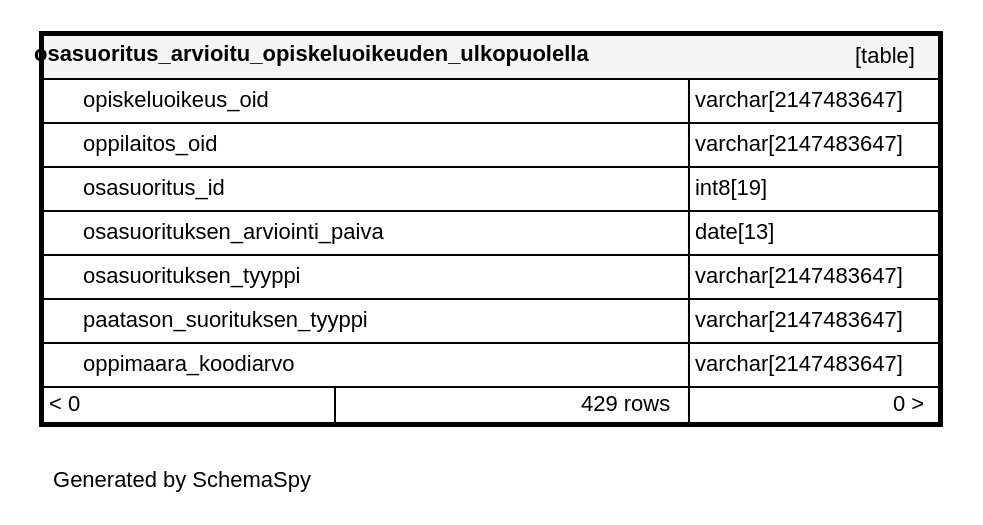
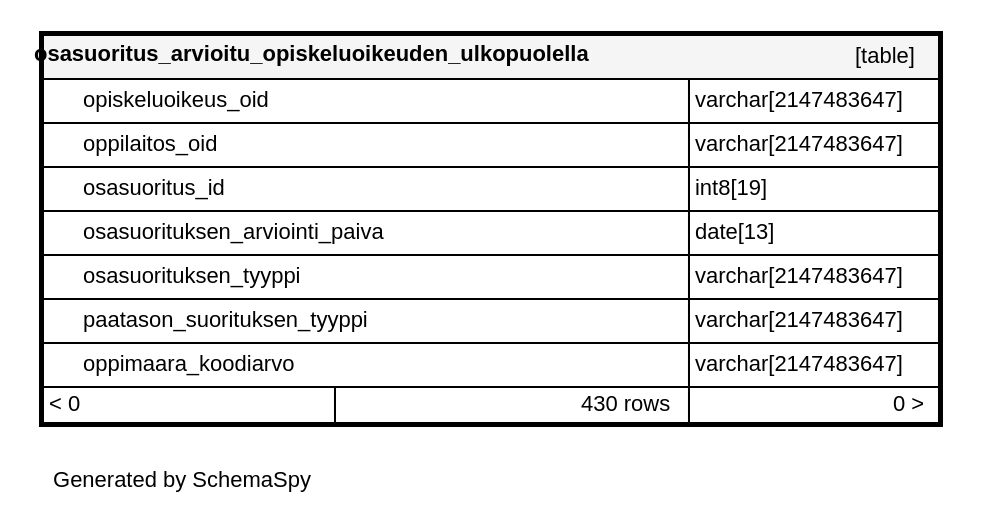
The diagram in documentation/tietokantaskeemat/koski-raportointikanta/diagrams/tables/osasuoritus_arvioitu_opiskeluoi_6ab95832.1degree.dot (Opetushallitus/koski), drawn with Graphviz before and after one commit. The commit also changed 124 other files, not shown here.

```diff
--- a/documentation/tietokantaskeemat/koski-raportointikanta/diagrams/tables/osasuoritus_arvioitu_opiskeluoi_6ab95832.1degree.dot
+++ b/documentation/tietokantaskeemat/koski-raportointikanta/diagrams/tables/osasuoritus_arvioitu_opiskeluoi_6ab95832.1degree.dot
@@ -1,20 +1,20 @@
 digraph "oneDegreeRelationshipsDiagram" {
   graph [    rankdir="RL"    bgcolor="#ffffff"    label="\nGenerated by SchemaSpy"    labeljust="l"    nodesep="0.18"    ranksep="0.46"    fontname="Helvetica"    fontsize="11"    ration="compress"  ];  node [    fontname="Helvetica"    fontsize="11"    shape="plaintext"  ];  edge [    arrowsize="0.8"  ];
   "osasuoritus_arvioitu_opiskeluoikeuden_ulkopuolella" [
    label=<
     <TABLE BORDER="2" CELLBORDER="1" CELLSPACING="0" BGCOLOR="#ffffff">
       <TR><TD COLSPAN="4"  BGCOLOR="#f5f5f5"><TABLE BORDER="0" CELLSPACING="0"><TR><TD ALIGN="LEFT" FIXEDSIZE="TRUE" WIDTH="302" HEIGHT="16"><B>osasuoritus_arvioitu_opiskeluoikeuden_ulkopuolella</B></TD><TD ALIGN="RIGHT">[table]</TD></TR></TABLE></TD></TR>
       <TR><TD PORT="opiskeluoikeus_oid" COLSPAN="2" ALIGN="LEFT"><TABLE BORDER="0" CELLSPACING="0" ALIGN="LEFT"><TR ALIGN="LEFT"><TD ALIGN="LEFT" FIXEDSIZE="TRUE" WIDTH="15" HEIGHT="16"></TD><TD ALIGN="LEFT" FIXEDSIZE="TRUE" WIDTH="302" HEIGHT="16">opiskeluoikeus_oid</TD></TR></TABLE></TD><TD PORT="opiskeluoikeus_oid.type" ALIGN="LEFT">varchar[2147483647]</TD></TR>
       <TR><TD PORT="oppilaitos_oid" COLSPAN="2" BGCOLOR="#ffffff" ALIGN="LEFT"><TABLE BORDER="0" CELLSPACING="0" ALIGN="LEFT"><TR ALIGN="LEFT"><TD ALIGN="LEFT" FIXEDSIZE="TRUE" WIDTH="15" HEIGHT="16"></TD><TD ALIGN="LEFT" FIXEDSIZE="TRUE" WIDTH="302" HEIGHT="16">oppilaitos_oid</TD></TR></TABLE></TD><TD PORT="oppilaitos_oid.type" ALIGN="LEFT">varchar[2147483647]</TD></TR>
       <TR><TD PORT="osasuoritus_id" COLSPAN="2" ALIGN="LEFT"><TABLE BORDER="0" CELLSPACING="0" ALIGN="LEFT"><TR ALIGN="LEFT"><TD ALIGN="LEFT" FIXEDSIZE="TRUE" WIDTH="15" HEIGHT="16"></TD><TD ALIGN="LEFT" FIXEDSIZE="TRUE" WIDTH="302" HEIGHT="16">osasuoritus_id</TD></TR></TABLE></TD><TD PORT="osasuoritus_id.type" ALIGN="LEFT">int8[19]</TD></TR>
       <TR><TD PORT="osasuorituksen_arviointi_paiva" COLSPAN="2" ALIGN="LEFT"><TABLE BORDER="0" CELLSPACING="0" ALIGN="LEFT"><TR ALIGN="LEFT"><TD ALIGN="LEFT" FIXEDSIZE="TRUE" WIDTH="15" HEIGHT="16"></TD><TD ALIGN="LEFT" FIXEDSIZE="TRUE" WIDTH="302" HEIGHT="16">osasuorituksen_arviointi_paiva</TD></TR></TABLE></TD><TD PORT="osasuorituksen_arviointi_paiva.type" ALIGN="LEFT">date[13]</TD></TR>
       <TR><TD PORT="osasuorituksen_tyyppi" COLSPAN="2" ALIGN="LEFT"><TABLE BORDER="0" CELLSPACING="0" ALIGN="LEFT"><TR ALIGN="LEFT"><TD ALIGN="LEFT" FIXEDSIZE="TRUE" WIDTH="15" HEIGHT="16"></TD><TD ALIGN="LEFT" FIXEDSIZE="TRUE" WIDTH="302" HEIGHT="16">osasuorituksen_tyyppi</TD></TR></TABLE></TD><TD PORT="osasuorituksen_tyyppi.type" ALIGN="LEFT">varchar[2147483647]</TD></TR>
       <TR><TD PORT="paatason_suorituksen_tyyppi" COLSPAN="2" ALIGN="LEFT"><TABLE BORDER="0" CELLSPACING="0" ALIGN="LEFT"><TR ALIGN="LEFT"><TD ALIGN="LEFT" FIXEDSIZE="TRUE" WIDTH="15" HEIGHT="16"></TD><TD ALIGN="LEFT" FIXEDSIZE="TRUE" WIDTH="302" HEIGHT="16">paatason_suorituksen_tyyppi</TD></TR></TABLE></TD><TD PORT="paatason_suorituksen_tyyppi.type" ALIGN="LEFT">varchar[2147483647]</TD></TR>
       <TR><TD PORT="oppimaara_koodiarvo" COLSPAN="2" ALIGN="LEFT"><TABLE BORDER="0" CELLSPACING="0" ALIGN="LEFT"><TR ALIGN="LEFT"><TD ALIGN="LEFT" FIXEDSIZE="TRUE" WIDTH="15" HEIGHT="16"></TD><TD ALIGN="LEFT" FIXEDSIZE="TRUE" WIDTH="302" HEIGHT="16">oppimaara_koodiarvo</TD></TR></TABLE></TD><TD PORT="oppimaara_koodiarvo.type" ALIGN="LEFT">varchar[2147483647]</TD></TR>
-      <TR><TD ALIGN="LEFT" BGCOLOR="#ffffff">&lt; 0</TD><TD ALIGN="RIGHT" BGCOLOR="#ffffff">429 rows</TD><TD ALIGN="RIGHT" BGCOLOR="#ffffff">0 &gt;</TD></TR>
+      <TR><TD ALIGN="LEFT" BGCOLOR="#ffffff">&lt; 0</TD><TD ALIGN="RIGHT" BGCOLOR="#ffffff">430 rows</TD><TD ALIGN="RIGHT" BGCOLOR="#ffffff">0 &gt;</TD></TR>
     </TABLE>>
     URL="../../tables/osasuoritus_arvioitu_opiskeluoi_6ab95832.html"
     target="_top"
     tooltip="osasuoritus_arvioitu_opiskeluoikeuden_ulkopuolella"
   ];
 }
```
